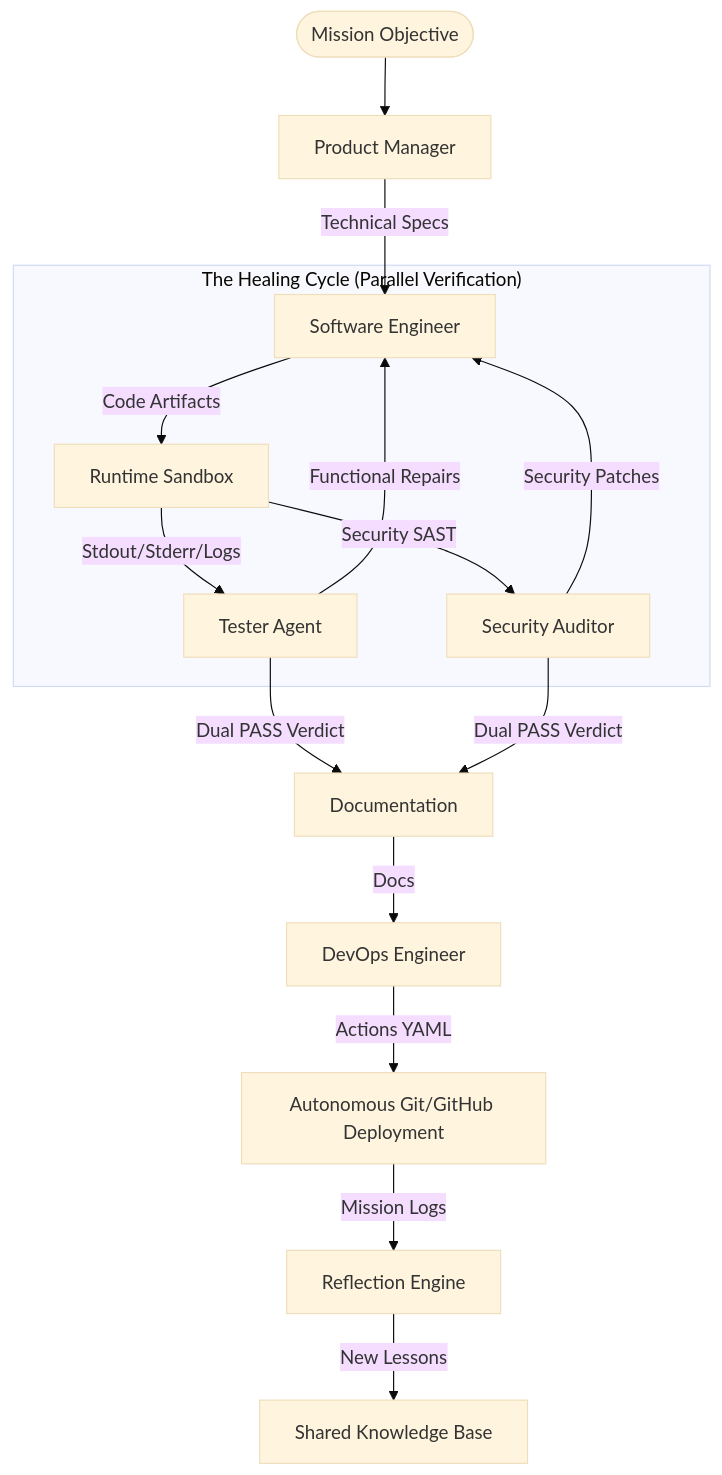
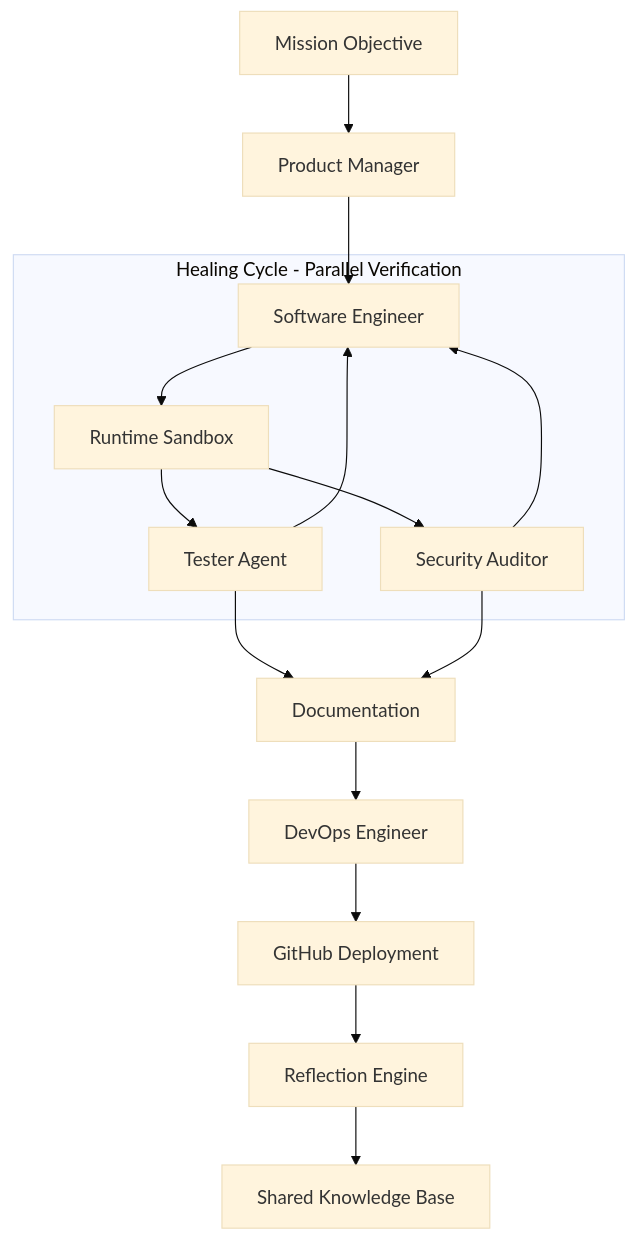
Before and after one commit to shalin-rahman/Synapticity: the first of 2 diagrams in technical_documents/WHITE_PAPER.md, drawn with Mermaid (base theme). The commit also changed other lines of this file and 7 other files, not shown here.

````diff
--- a/technical_documents/WHITE_PAPER.md
+++ b/technical_documents/WHITE_PAPER.md
@@ -23,21 +23,22 @@
 ```mermaid
 graph TD
-    User([Mission Objective]) --> PM[Product Manager]
-    PM -->|Technical Specs| SWE[Software Engineer]
-    
-    subgraph "The Healing Cycle (Parallel Verification)"
-        SWE -->|Code Artifacts| Runner[Runtime Sandbox]
-        Runner -->|Stdout/Stderr/Logs| QA[Tester Agent]
-        Runner -->|Security SAST| Sec[Security Auditor]
+    User["Mission Objective"] --> PM[Product Manager]
+    PM --> SWE[Software Engineer]
+
+    subgraph HEAL [Healing Cycle - Parallel Verification]
+        SWE --> Runner[Runtime Sandbox]
+        Runner --> QA[Tester Agent]
+        Runner --> Sec[Security Auditor]
         
-        QA -->|Functional Repairs| SWE
-        Sec -->|Security Patches| SWE
+        QA --> SWE
+        Sec --> SWE
     end
     
-    QA & Sec -->|Dual PASS Verdict| Writer[Documentation]
-    Writer -->|Docs| DevOps[DevOps Engineer]
-    DevOps -->|Actions YAML| Git[Autonomous Git/GitHub Deployment]
+    QA --> Writer[Documentation]
+    Sec --> Writer
+    Writer --> DevOps[DevOps Engineer]
+    DevOps --> Git[GitHub Deployment]
     
-    Git -->|Mission Logs| Reflector[Reflection Engine]
-    Reflector -->|New Lessons| Skills[Shared Knowledge Base]
+    Git --> Reflector[Reflection Engine]
+    Reflector --> Skills[Shared Knowledge Base]
 ```
````
